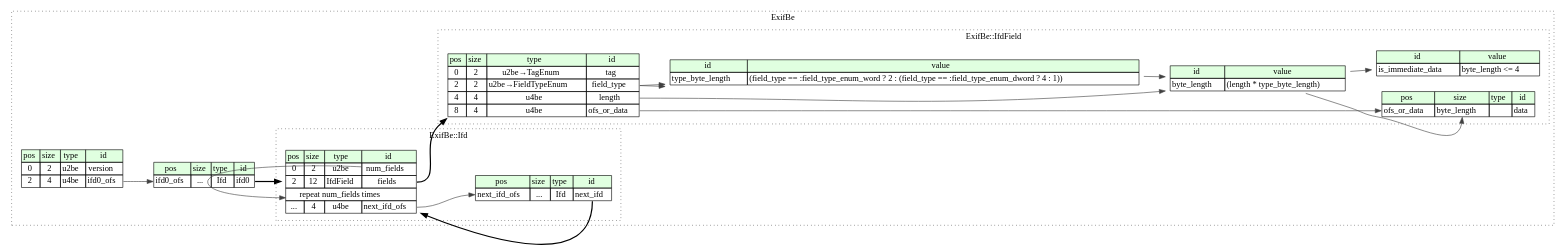
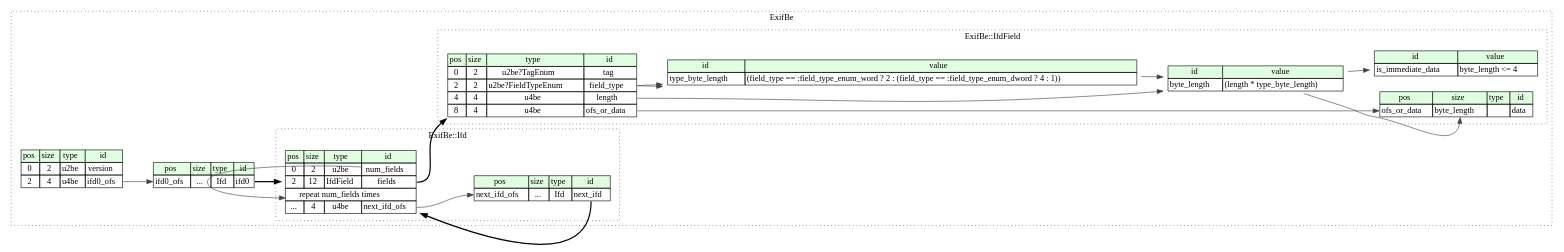
Before and after one commit to kaitai-io/formats-kaitai-io.github.io: the diagram in exif_be/src/graphviz/exif_be.dot, drawn with Graphviz. The commit also changed 589 other files, not shown here.

```diff
--- a/exif_be/src/graphviz/exif_be.dot
+++ b/exif_be/src/graphviz/exif_be.dot
@@ -1,75 +1,75 @@
 digraph {
 	rankdir=LR;
 	node [shape=plaintext];
 	subgraph cluster__exif_be {
 		label="ExifBe";
 		graph[style=dotted];
 
 		exif_be__seq [label=<<TABLE BORDER="0" CELLBORDER="1" CELLSPACING="0">
 			<TR><TD BGCOLOR="#E0FFE0">pos</TD><TD BGCOLOR="#E0FFE0">size</TD><TD BGCOLOR="#E0FFE0">type</TD><TD BGCOLOR="#E0FFE0">id</TD></TR>
 			<TR><TD PORT="version_pos">0</TD><TD PORT="version_size">2</TD><TD>u2be</TD><TD PORT="version_type">version</TD></TR>
 			<TR><TD PORT="ifd0_ofs_pos">2</TD><TD PORT="ifd0_ofs_size">4</TD><TD>u4be</TD><TD PORT="ifd0_ofs_type">ifd0_ofs</TD></TR>
 		</TABLE>>];
 		exif_be__inst__ifd0 [label=<<TABLE BORDER="0" CELLBORDER="1" CELLSPACING="0">
 			<TR><TD BGCOLOR="#E0FFE0">pos</TD><TD BGCOLOR="#E0FFE0">size</TD><TD BGCOLOR="#E0FFE0">type</TD><TD BGCOLOR="#E0FFE0">id</TD></TR>
 			<TR><TD PORT="ifd0_pos">ifd0_ofs</TD><TD PORT="ifd0_size">...</TD><TD>Ifd</TD><TD PORT="ifd0_type">ifd0</TD></TR>
 		</TABLE>>];
 		subgraph cluster__ifd {
 			label="ExifBe::Ifd";
 			graph[style=dotted];
 
 			ifd__seq [label=<<TABLE BORDER="0" CELLBORDER="1" CELLSPACING="0">
 				<TR><TD BGCOLOR="#E0FFE0">pos</TD><TD BGCOLOR="#E0FFE0">size</TD><TD BGCOLOR="#E0FFE0">type</TD><TD BGCOLOR="#E0FFE0">id</TD></TR>
 				<TR><TD PORT="num_fields_pos">0</TD><TD PORT="num_fields_size">2</TD><TD>u2be</TD><TD PORT="num_fields_type">num_fields</TD></TR>
 				<TR><TD PORT="fields_pos">2</TD><TD PORT="fields_size">12</TD><TD>IfdField</TD><TD PORT="fields_type">fields</TD></TR>
 				<TR><TD COLSPAN="4" PORT="fields__repeat">repeat num_fields times</TD></TR>
 				<TR><TD PORT="next_ifd_ofs_pos">...</TD><TD PORT="next_ifd_ofs_size">4</TD><TD>u4be</TD><TD PORT="next_ifd_ofs_type">next_ifd_ofs</TD></TR>
 			</TABLE>>];
 			ifd__inst__next_ifd [label=<<TABLE BORDER="0" CELLBORDER="1" CELLSPACING="0">
 				<TR><TD BGCOLOR="#E0FFE0">pos</TD><TD BGCOLOR="#E0FFE0">size</TD><TD BGCOLOR="#E0FFE0">type</TD><TD BGCOLOR="#E0FFE0">id</TD></TR>
 				<TR><TD PORT="next_ifd_pos">next_ifd_ofs</TD><TD PORT="next_ifd_size">...</TD><TD>Ifd</TD><TD PORT="next_ifd_type">next_ifd</TD></TR>
 			</TABLE>>];
 		}
 		subgraph cluster__ifd_field {
 			label="ExifBe::IfdField";
 			graph[style=dotted];
 
 			ifd_field__seq [label=<<TABLE BORDER="0" CELLBORDER="1" CELLSPACING="0">
 				<TR><TD BGCOLOR="#E0FFE0">pos</TD><TD BGCOLOR="#E0FFE0">size</TD><TD BGCOLOR="#E0FFE0">type</TD><TD BGCOLOR="#E0FFE0">id</TD></TR>
-				<TR><TD PORT="tag_pos">0</TD><TD PORT="tag_size">2</TD><TD>u2be→TagEnum</TD><TD PORT="tag_type">tag</TD></TR>
-				<TR><TD PORT="field_type_pos">2</TD><TD PORT="field_type_size">2</TD><TD>u2be→FieldTypeEnum</TD><TD PORT="field_type_type">field_type</TD></TR>
+				<TR><TD PORT="tag_pos">0</TD><TD PORT="tag_size">2</TD><TD>u2be?TagEnum</TD><TD PORT="tag_type">tag</TD></TR>
+				<TR><TD PORT="field_type_pos">2</TD><TD PORT="field_type_size">2</TD><TD>u2be?FieldTypeEnum</TD><TD PORT="field_type_type">field_type</TD></TR>
 				<TR><TD PORT="length_pos">4</TD><TD PORT="length_size">4</TD><TD>u4be</TD><TD PORT="length_type">length</TD></TR>
 				<TR><TD PORT="ofs_or_data_pos">8</TD><TD PORT="ofs_or_data_size">4</TD><TD>u4be</TD><TD PORT="ofs_or_data_type">ofs_or_data</TD></TR>
 			</TABLE>>];
 			ifd_field__inst__type_byte_length [label=<<TABLE BORDER="0" CELLBORDER="1" CELLSPACING="0">
 				<TR><TD BGCOLOR="#E0FFE0">id</TD><TD BGCOLOR="#E0FFE0">value</TD></TR>
 				<TR><TD>type_byte_length</TD><TD>(field_type == :field_type_enum_word ? 2 : (field_type == :field_type_enum_dword ? 4 : 1))</TD></TR>
 			</TABLE>>];
 			ifd_field__inst__byte_length [label=<<TABLE BORDER="0" CELLBORDER="1" CELLSPACING="0">
 				<TR><TD BGCOLOR="#E0FFE0">id</TD><TD BGCOLOR="#E0FFE0">value</TD></TR>
 				<TR><TD>byte_length</TD><TD>(length * type_byte_length)</TD></TR>
 			</TABLE>>];
 			ifd_field__inst__is_immediate_data [label=<<TABLE BORDER="0" CELLBORDER="1" CELLSPACING="0">
 				<TR><TD BGCOLOR="#E0FFE0">id</TD><TD BGCOLOR="#E0FFE0">value</TD></TR>
 				<TR><TD>is_immediate_data</TD><TD>byte_length &lt;= 4</TD></TR>
 			</TABLE>>];
 			ifd_field__inst__data [label=<<TABLE BORDER="0" CELLBORDER="1" CELLSPACING="0">
 				<TR><TD BGCOLOR="#E0FFE0">pos</TD><TD BGCOLOR="#E0FFE0">size</TD><TD BGCOLOR="#E0FFE0">type</TD><TD BGCOLOR="#E0FFE0">id</TD></TR>
 				<TR><TD PORT="data_pos">ofs_or_data</TD><TD PORT="data_size">byte_length</TD><TD></TD><TD PORT="data_type">data</TD></TR>
 			</TABLE>>];
 		}
 	}
 	exif_be__seq:ifd0_ofs_type -> exif_be__inst__ifd0:ifd0_pos [color="#404040"];
 	exif_be__inst__ifd0:ifd0_type -> ifd__seq [style=bold];
 	ifd__seq:fields_type -> ifd_field__seq [style=bold];
 	ifd__seq:num_fields_type -> ifd__seq:fields__repeat [color="#404040"];
 	ifd__seq:next_ifd_ofs_type -> ifd__inst__next_ifd:next_ifd_pos [color="#404040"];
 	ifd__inst__next_ifd:next_ifd_type -> ifd__seq [style=bold];
 	ifd_field__seq:field_type_type -> ifd_field__inst__type_byte_length [color="#404040"];
 	ifd_field__seq:field_type_type -> ifd_field__inst__type_byte_length [color="#404040"];
 	ifd_field__seq:length_type -> ifd_field__inst__byte_length [color="#404040"];
 	ifd_field__inst__type_byte_length:type_byte_length_type -> ifd_field__inst__byte_length [color="#404040"];
 	ifd_field__inst__byte_length:byte_length_type -> ifd_field__inst__is_immediate_data [color="#404040"];
 	ifd_field__seq:ofs_or_data_type -> ifd_field__inst__data:data_pos [color="#404040"];
 	ifd_field__inst__byte_length:byte_length_type -> ifd_field__inst__data:data_size [color="#404040"];
 }
```
